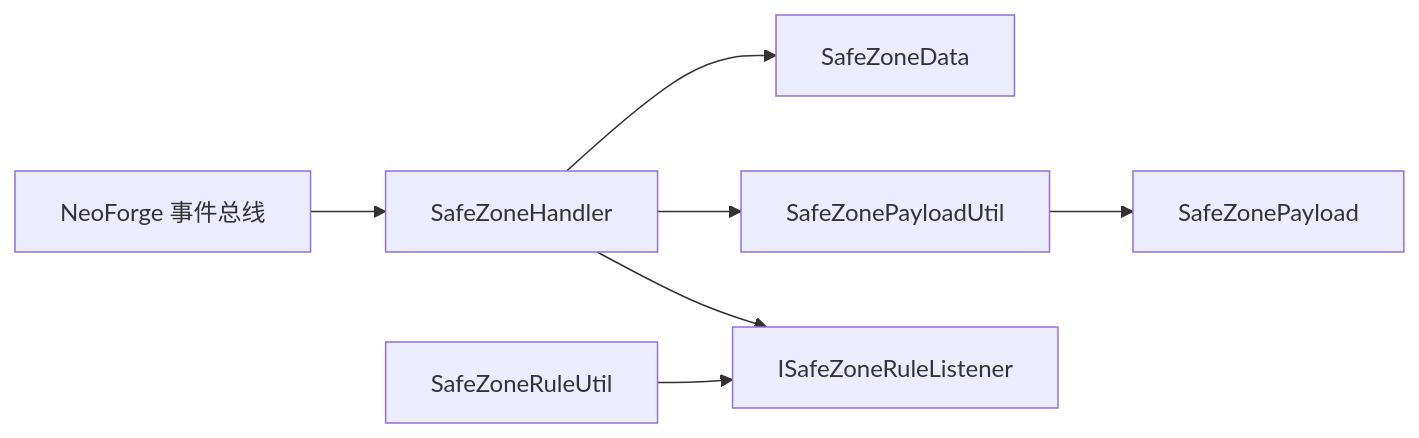
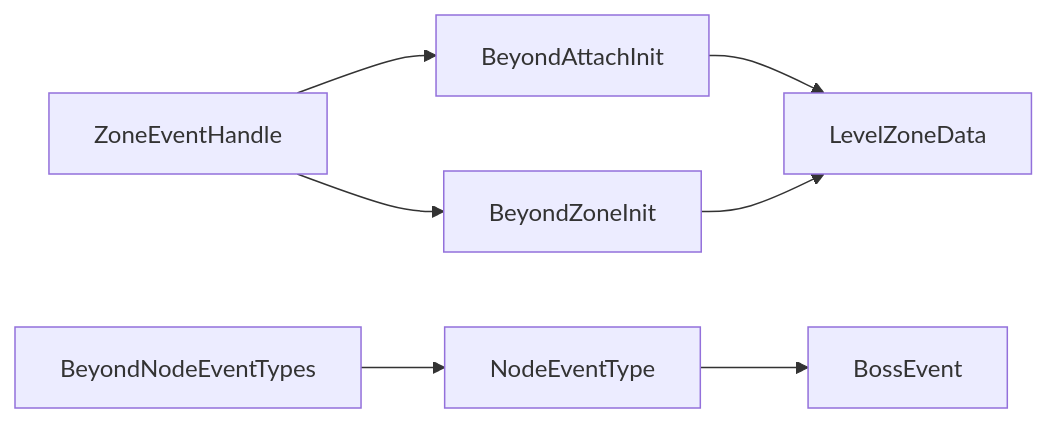
Before and after one commit to Ver-shift/SubModulesGeneHunter: the fourth of 4 diagrams in .qoder/repowiki/zh/content/模块架构/Beyond安全区模块/事件处理系统.md, drawn with Mermaid. The commit also changed other lines of this file and 42 other files, not shown here.

````diff
--- a/.qoder/repowiki/zh/content/模块架构/Beyond安全区模块/事件处理系统.md
+++ b/.qoder/repowiki/zh/content/模块架构/Beyond安全区模块/事件处理系统.md
@@ -270,9 +278,9 @@
 ```mermaid
 graph LR
-SH["SafeZoneHandler"] --> SZD["SafeZoneData"]
-SH --> SZPU["SafeZonePayloadUtil"]
-SH --> ISR["ISafeZoneRuleListener"]
-SRU["SafeZoneRuleUtil"] --> ISR
-SZPU --> SZP["SafeZonePayload"]
-NF["NeoForge 事件总线"] --> SH
+ZEH["ZoneEventHandle"] --> BAI["BeyondAttachInit"]
+ZEH --> BZI["BeyondZoneInit"]
+BAI --> LED["LevelZoneData"]
+BZI --> LED
+BNE["BeyondNodeEventTypes"] --> NET["NodeEventType"]
+NET --> BE["BossEvent"]
 ```
````
